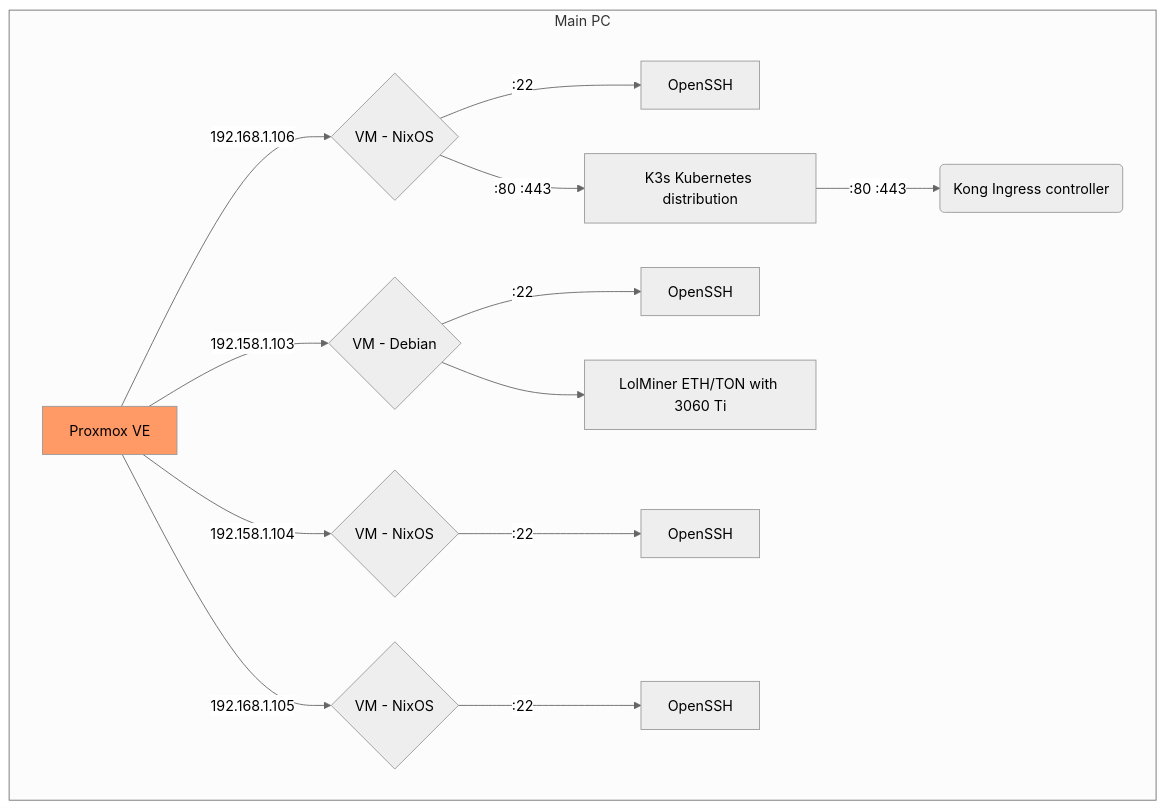
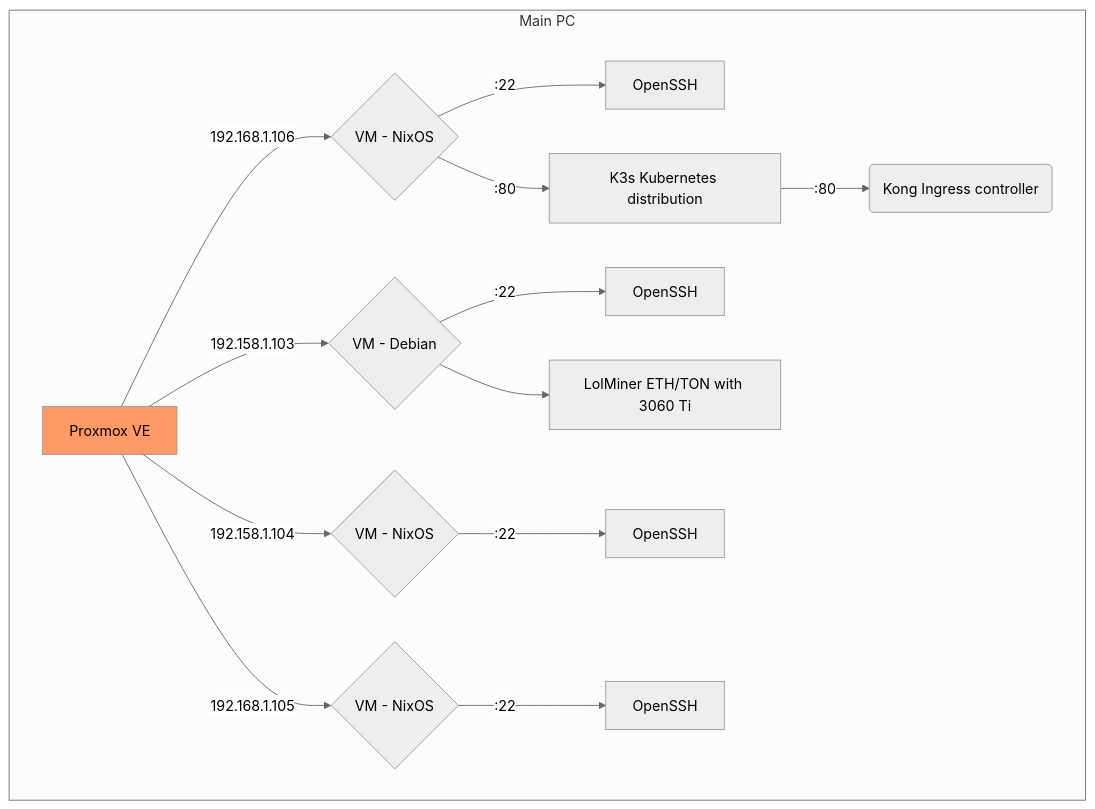
Before and after one commit to portothree/dotfiles: the diagram in homelab/README.md, drawn with Mermaid (neutral theme).

````diff
--- a/homelab/README.md
+++ b/homelab/README.md
@@ -3,19 +3,19 @@
 ```mermaid
 graph TD
 	subgraph Main PC
 		A[Proxmox VE] -->|192.168.1.106| 100{VM - NixOS};
 		100 -->|:22| 100_ssh[OpenSSH];
-		100 -->|:80 :443| K3s[K3s Kubernetes distribution];
-		K3s -->|:80 :443| Kong(Kong Ingress controller);
+		100 -->|:80| K3s[K3s Kubernetes distribution];
+		K3s -->|:80| Kong(Kong Ingress controller);
 		A -->|192.158.1.103| 102{VM - Debian};
 		102 -->|:22| 102_ssh[OpenSSH];
 		102 --> lolminer[LolMiner ETH/TON with 3060 Ti];
 		A -->|192.158.1.104| 103{VM - NixOS};
 		103 -->|:22| 103_ssh[OpenSSH];
 		A -->|192.168.1.105| 104{VM - NixOS};
 		104 -->|:22| 104_ssh[OpenSSH];
 	end
 	
 	classDef orange fill:#f96;
 	class A orange
 ```
````
